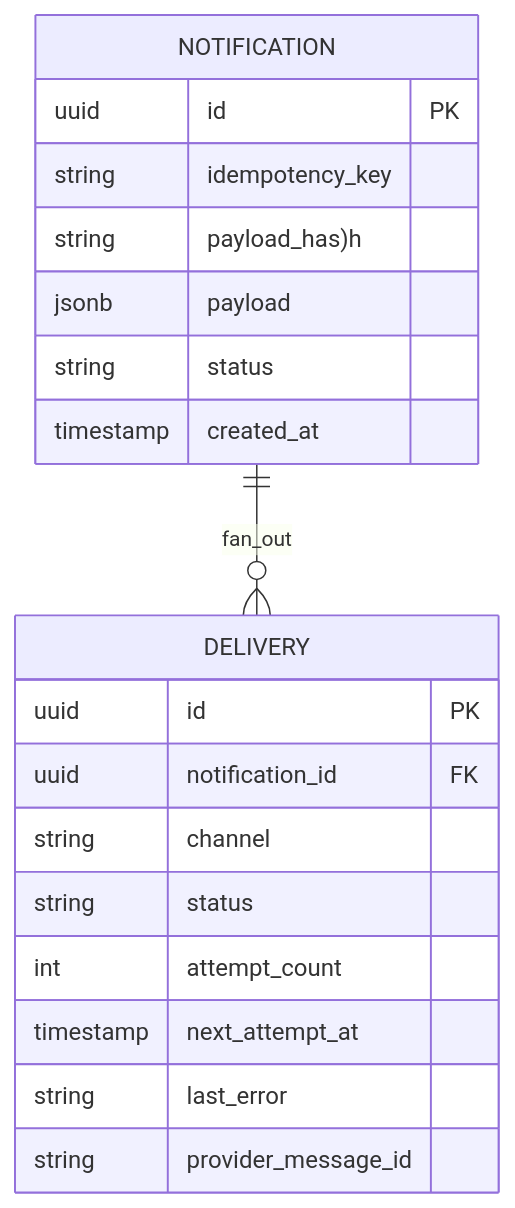
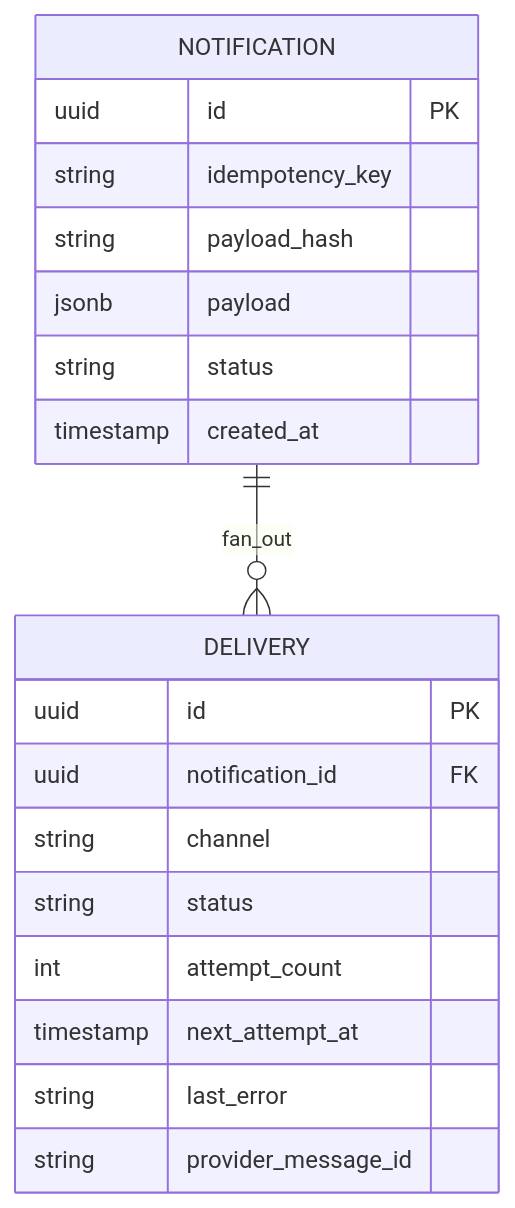
One commit to fakeowl1/notification-gateway changed the diagram in spec.md. Above: the diagram before and after it, drawn with Mermaid. The commit also changed other lines of this file and 3 other files, not shown here.

````diff
--- a/spec.md
+++ b/spec.md
@@ -68,22 +70,22 @@
 ```mermaid
 erDiagram
     NOTIFICATION ||--o{ DELIVERY : "fan_out"
     NOTIFICATION {
         uuid id PK
         string idempotency_key
-        string payload_has)h
+        string payload_hash
         jsonb payload
         string status
         timestamp created_at
     }
     DELIVERY {
         uuid id PK
         uuid notification_id FK
         string channel
         string status
         int attempt_count
         timestamp next_attempt_at
         string last_error
         string provider_message_id
     }
 ```
````
